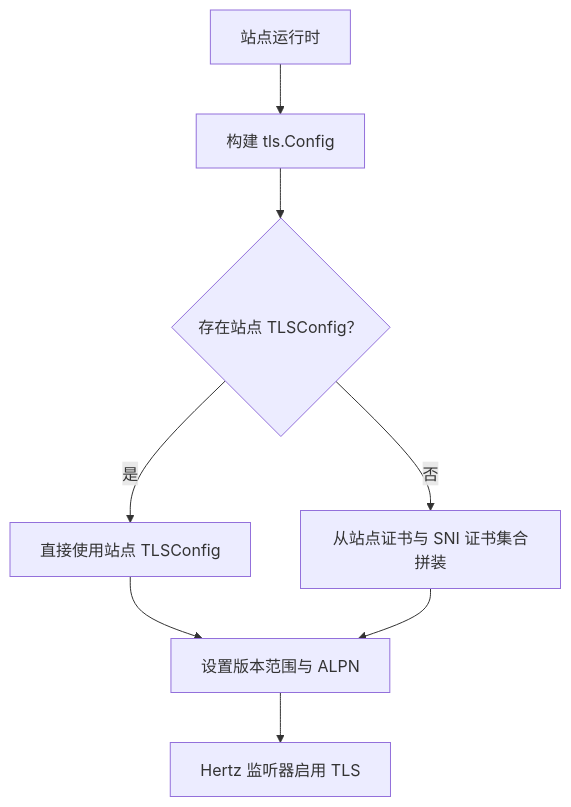
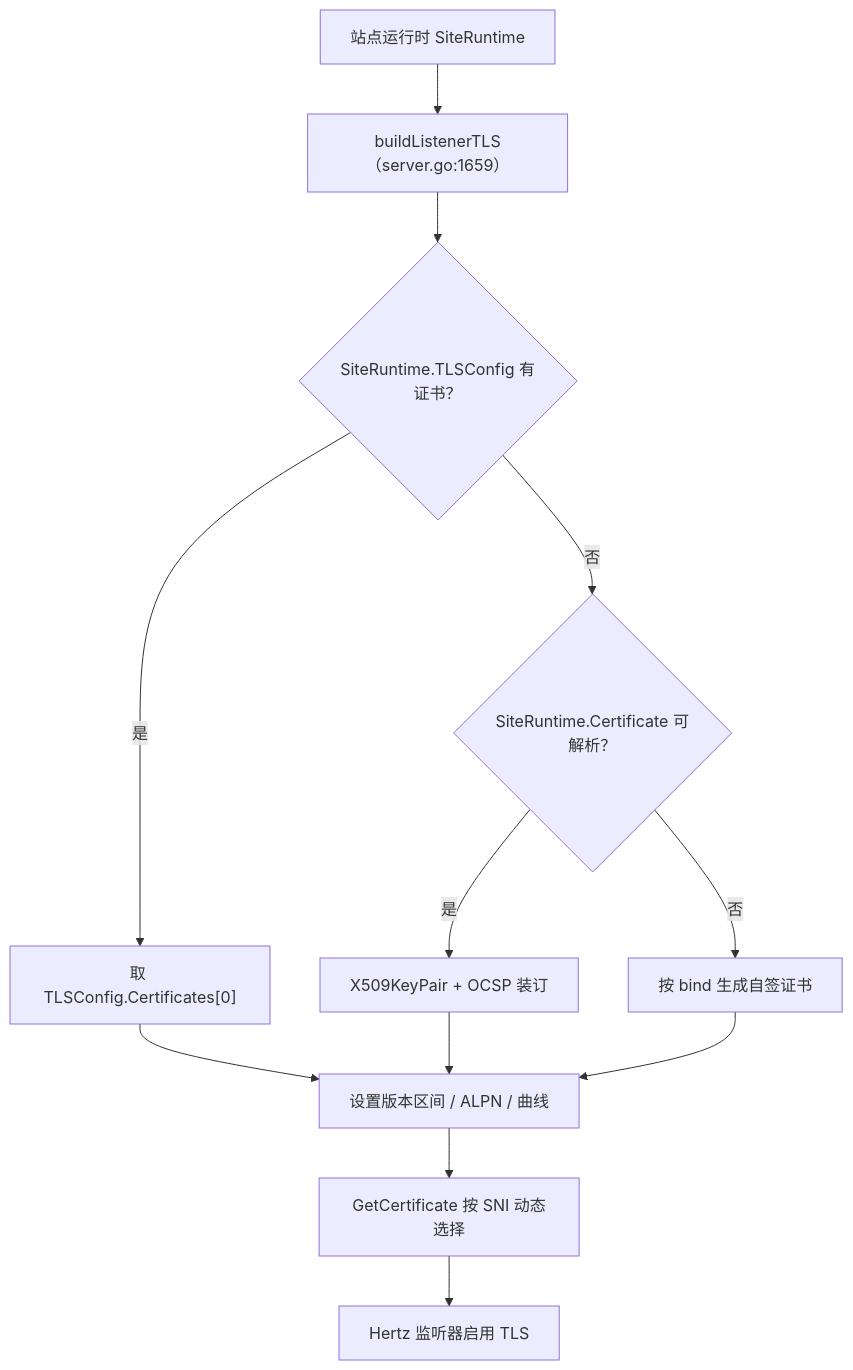
The seventh of 12 diagrams in docs/数据平面处理/数据平面处理.md (x01n/My-OpenWaf), drawn with Mermaid before and after one commit. The commit also changed other lines of this file and 622 other files, not shown here.

````diff
--- a/docs/数据平面处理/数据平面处理.md
+++ b/docs/数据平面处理/数据平面处理.md
@@ -234,10 +377,14 @@
 ```mermaid
 flowchart TD
-A["站点运行时"] --> B["构建 tls.Config"]
-B --> C{"存在站点 TLSConfig？"}
-C --> |是| D["直接使用站点 TLSConfig"]
-C --> |否| E["从站点证书与 SNI 证书集合拼装"]
-D --> F["设置版本范围与 ALPN"]
-E --> F
-F --> G["Hertz 监听器启用 TLS"]
+A["站点运行时 SiteRuntime"] --> B["buildListenerTLS（server.go:1659）"]
+B --> C{"SiteRuntime.TLSConfig 有证书？"}
+C --> |是| D["取 TLSConfig.Certificates[0]"]
+C --> |否| E{"SiteRuntime.Certificate 可解析？"}
+E --> |是| F["X509KeyPair + OCSP 装订"]
+E --> |否| G["按 bind 生成自签证书"]
+D --> H["设置版本区间 / ALPN / 曲线"]
+F --> H
+G --> H
+H --> I["GetCertificate 按 SNI 动态选择"]
+I --> J["Hertz 监听器启用 TLS"]
 ```
````
